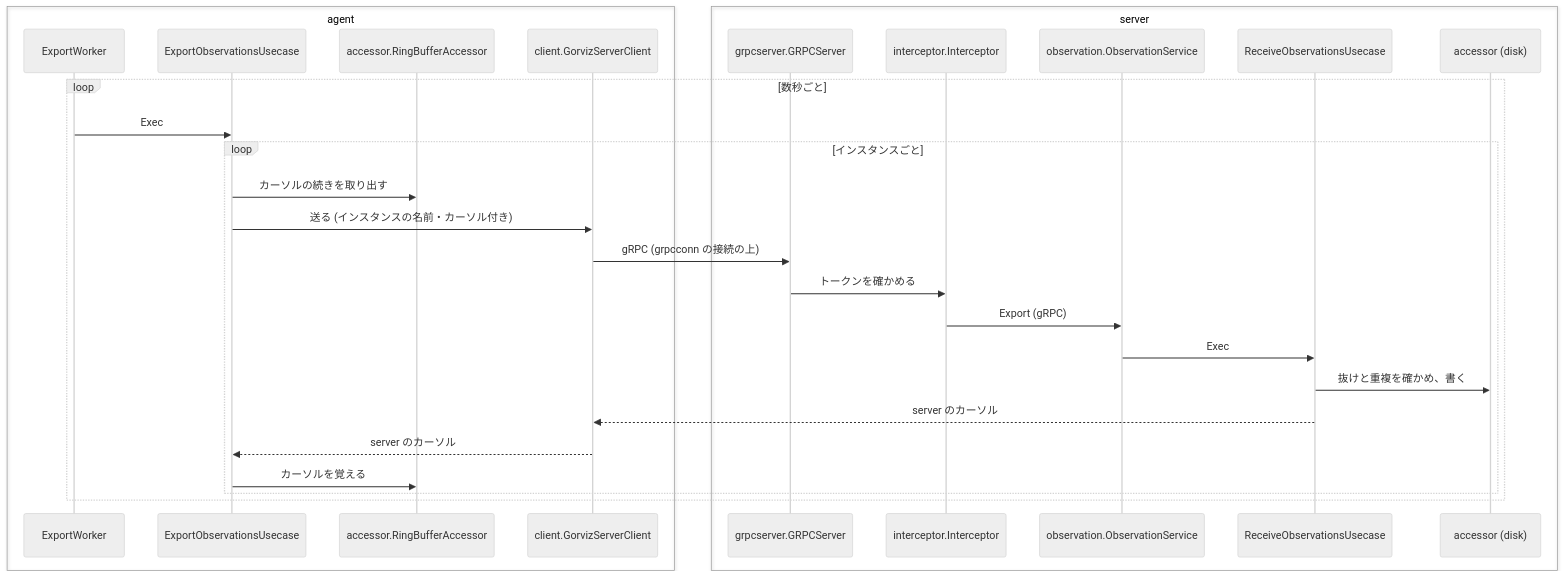
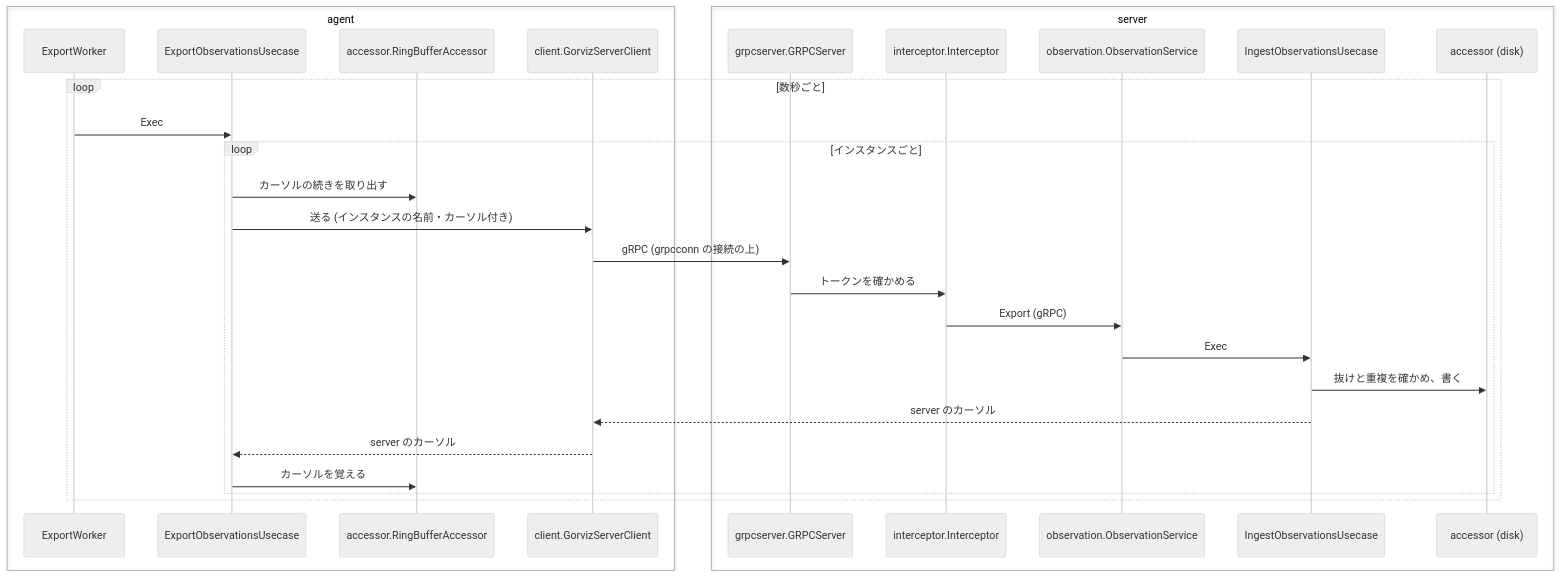
One commit to kakkky/gorviz changed the ninth of 14 diagrams in docs/architecture.md. Above: the diagram before and after it, drawn with Mermaid (neutral theme). The commit also changed other lines of this file and 1 other file, not shown here.

````diff
--- a/docs/architecture.md
+++ b/docs/architecture.md
@@ -384,32 +399,32 @@
 ```mermaid
 sequenceDiagram
     box agent
         participant W as ExportWorker
         participant U as ExportObservationsUsecase
         participant RB as accessor.RingBufferAccessor
         participant C as client.GorvizServerClient
     end
     box server
         participant G as grpcserver.GRPCServer
         participant I as interceptor.Interceptor
         participant O as observation.ObservationService
-        participant RU as ReceiveObservationsUsecase
+        participant RU as IngestObservationsUsecase
         participant A as accessor (disk)
     end
 
     loop 数秒ごと
         W->>U: Exec
         loop インスタンスごと
             U->>RB: カーソルの続きを取り出す
             U->>C: 送る (インスタンスの名前・カーソル付き)
             C->>G: gRPC (grpcconn の接続の上)
             G->>I: トークンを確かめる
             I->>O: Export (gRPC)
             O->>RU: Exec
             RU->>A: 抜けと重複を確かめ、書く
             RU-->>C: server のカーソル
             C-->>U: server のカーソル
             U->>RB: カーソルを覚える
         end
     end
 ```
````
